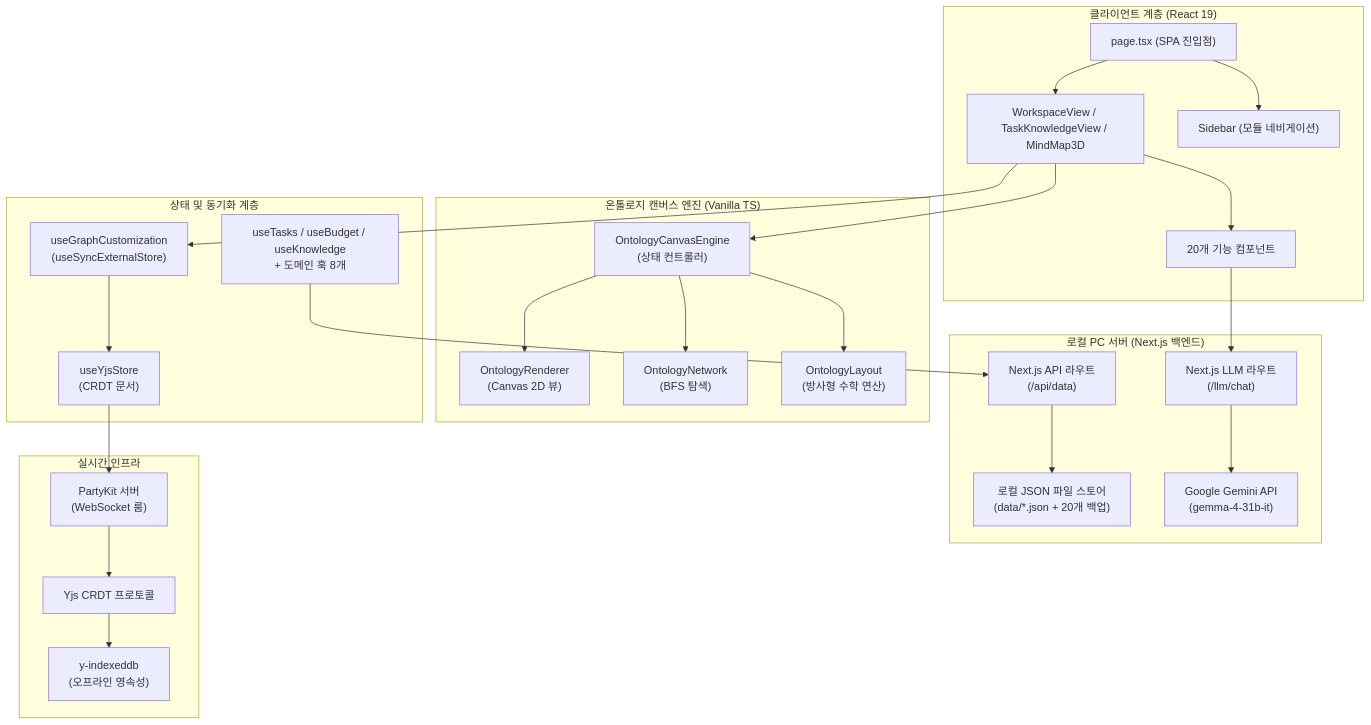
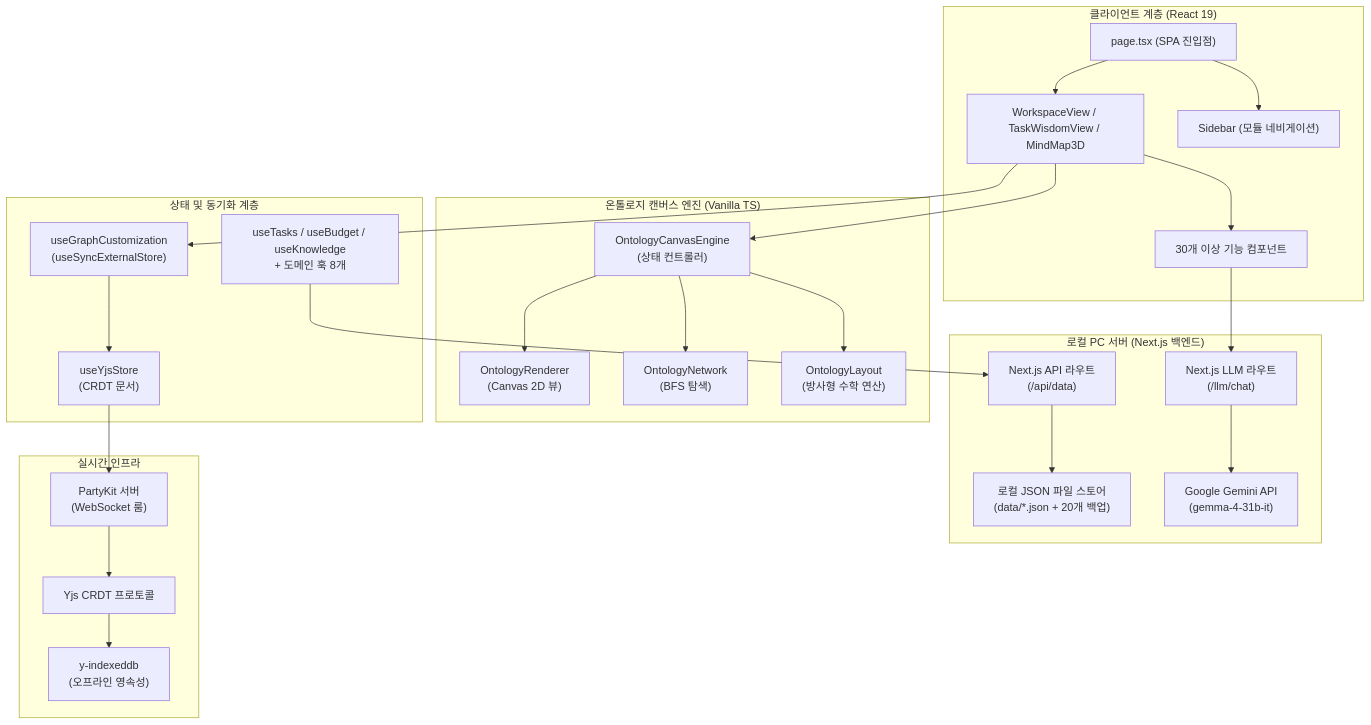
The first of 3 diagrams in PORTFOLIO VITAL - Engineering Report.md (Portfolio-Architects/PORTFOLIO-HCHPS), drawn with Mermaid before and after one commit. The commit also changed other lines of this file, not shown here.

Commit message:
docs: update engineering report metrics to reflect task wisdom hub and component files

````diff
--- a/PORTFOLIO VITAL - Engineering Report.md
+++ b/PORTFOLIO VITAL - Engineering Report.md
@@ -57,52 +57,52 @@
 ```mermaid
 graph TB
     subgraph Client["클라이언트 계층 (React 19)"]
         Page["page.tsx (SPA 진입점)"]
         Sidebar["Sidebar (모듈 네비게이션)"]
-        Views["WorkspaceView / TaskKnowledgeView / MindMap3D"]
-        Components["20개 기능 컴포넌트"]
+        Views["WorkspaceView / TaskWisdomView / MindMap3D"]
+        Components["30개 이상 기능 컴포넌트"]
     end
 
     subgraph Engine["온톨로지 캔버스 엔진 (Vanilla TS)"]
         Controller["OntologyCanvasEngine\n(상태 컨트롤러)"]
         Layout["OntologyLayout\n(방사형 수학 연산)"]
         Network["OntologyNetwork\n(BFS 탐색)"]
         Renderer["OntologyRenderer\n(Canvas 2D 뷰)"]
     end
 
     subgraph Hooks["상태 및 동기화 계층"]
         YjsStore["useYjsStore\n(CRDT 문서)"]
         GraphCustom["useGraphCustomization\n(useSyncExternalStore)"]
         DomainHooks["useTasks / useBudget / useKnowledge\n+ 도메인 훅 8개"]
     end
 
     subgraph Realtime["실시간 인프라"]
         PartyKit["PartyKit 서버\n(WebSocket 룸)"]
         Yjs["Yjs CRDT 프로토콜"]
         IndexedDB["y-indexeddb\n(오프라인 영속성)"]
     end
 
     subgraph Server["로컬 PC 서버 (Next.js 백엔드)"]
         API["Next.js API 라우트\n(/api/data)"]
         LocalJSON["로컬 JSON 파일 스토어\n(data/*.json + 20개 백업)"]
         LLMChat["Next.js LLM 라우트\n(/llm/chat)"]
         GeminiAI["Google Gemini API\n(gemma-4-31b-it)"]
     end
 
     Page --> Sidebar
     Page --> Views
     Views --> Components
     Views --> Controller
     Controller --> Layout
     Controller --> Network
     Controller --> Renderer
     Views --> GraphCustom
     GraphCustom --> YjsStore
     YjsStore --> PartyKit
     PartyKit --> Yjs
     Yjs --> IndexedDB
     DomainHooks --> API
     API --> LocalJSON
     Components --> LLMChat
     LLMChat --> GeminiAI
 ```
````
